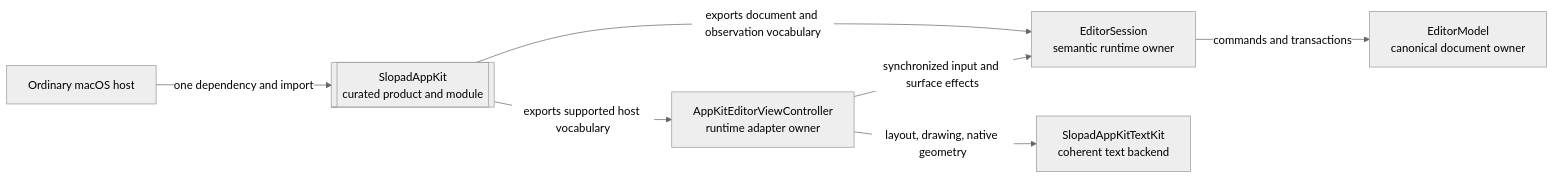
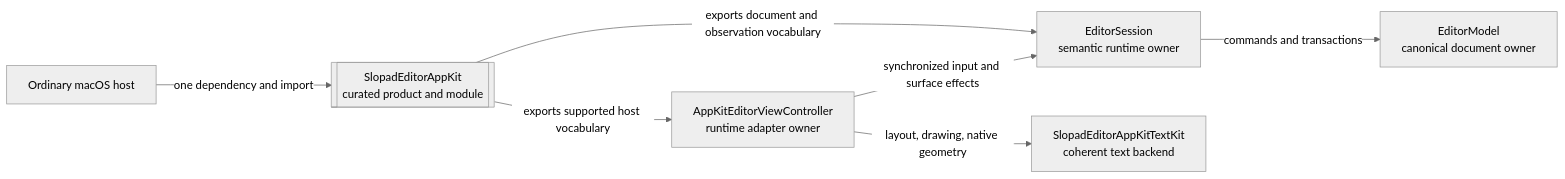
One commit to hot666666/SlopadEditor changed the diagram in ADR/0010-appkit-platform-facade.md. Above: the diagram before and after it, drawn with Mermaid (neutral theme). The commit also changed other lines of this file and 743 other files, not shown here.

First line of the commit message:
refactor: complete SlopadEditor package rename (#89)

````diff
--- a/ADR/0010-appkit-platform-facade.md
+++ b/ADR/0010-appkit-platform-facade.md
@@ -48,16 +48,16 @@
 ```mermaid
 flowchart LR
     Host["Ordinary macOS host"]
-    Facade[["SlopadAppKit<br/>curated product and module"]]
+    Facade[["SlopadEditorAppKit<br/>curated product and module"]]
     Controller["AppKitEditorViewController<br/>runtime adapter owner"]
     Engine["EditorSession<br/>semantic runtime owner"]
-    TextKit["SlopadAppKitTextKit<br/>coherent text backend"]
+    TextKit["SlopadEditorAppKitTextKit<br/>coherent text backend"]
     Canonical["EditorModel<br/>canonical document owner"]
 
     Host -->|"one dependency and import"| Facade
     Facade -->|"exports supported host vocabulary"| Controller
     Facade -->|"exports document and observation vocabulary"| Engine
     Controller -->|"synchronized input and surface effects"| Engine
     Controller -->|"layout, drawing, native geometry"| TextKit
     Engine -->|"commands and transactions"| Canonical
 ```
````
